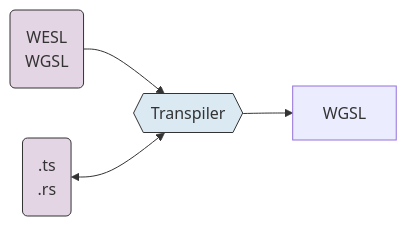
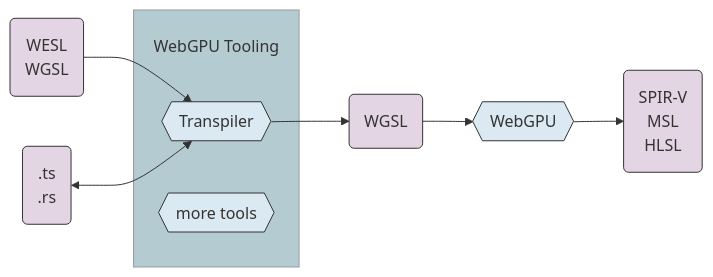
Before and after one commit to mighdoll/wesl-website: the second of 4 diagrams in presentations/symposium-2026-02-13/slides.md, drawn with Mermaid. The commit also changed other lines of this file and 1 other file, not shown here.

````diff
--- a/presentations/symposium-2026-02-13/slides.md
+++ b/presentations/symposium-2026-02-13/slides.md
@@ -338,12 +398,20 @@
 ```mermaid
 flowchart LR
 
   W(WESL<br>WGSL):::data --> T
-  H(.ts<br>.rs):::data
-  <--> T{{Transpiler}}:::transform
+  H(.ts<br>.rs):::data <--> T
 
-  T --> WGSL
+  subgraph tools ["<br>WebGPU Tooling"]
+   X{{"more tools"}}:::transform
+   T{{Transpiler}}:::transform
+  end
+
+  style tools fill:#b5cbd2,stroke:#999
+
+  T --> C(WGSL):::data
+  --> D{{WebGPU}}:::transform
+  --> E(SPIR-V<br>MSL<br>HLSL):::data
 
   classDef transform fill:#dbe9f2,stroke:#333;
   classDef data fill:#e3d5e3, stroke:#333;
 ```
````
